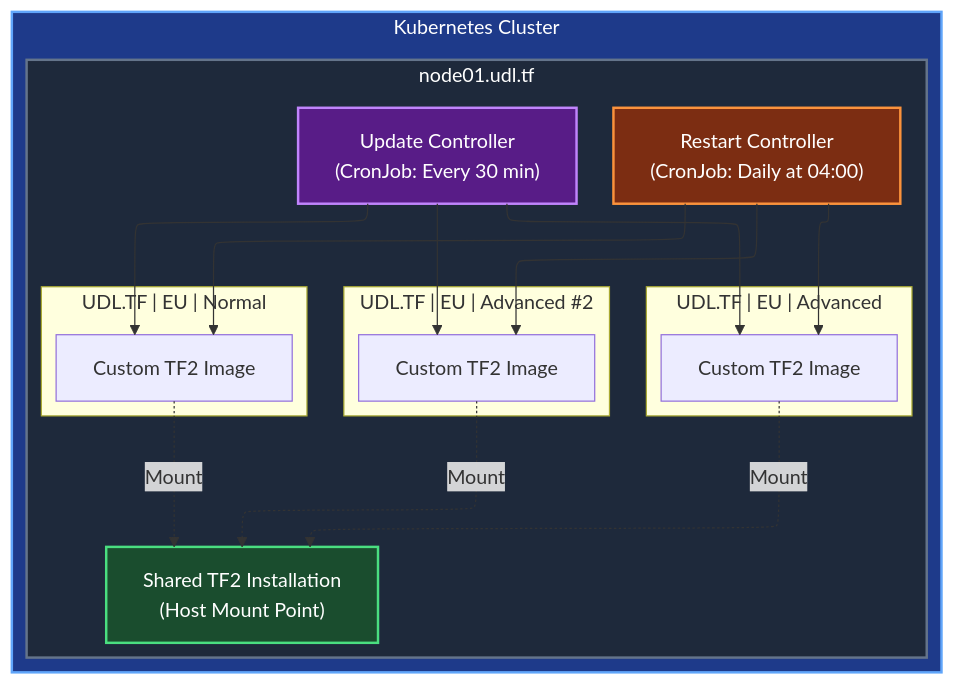
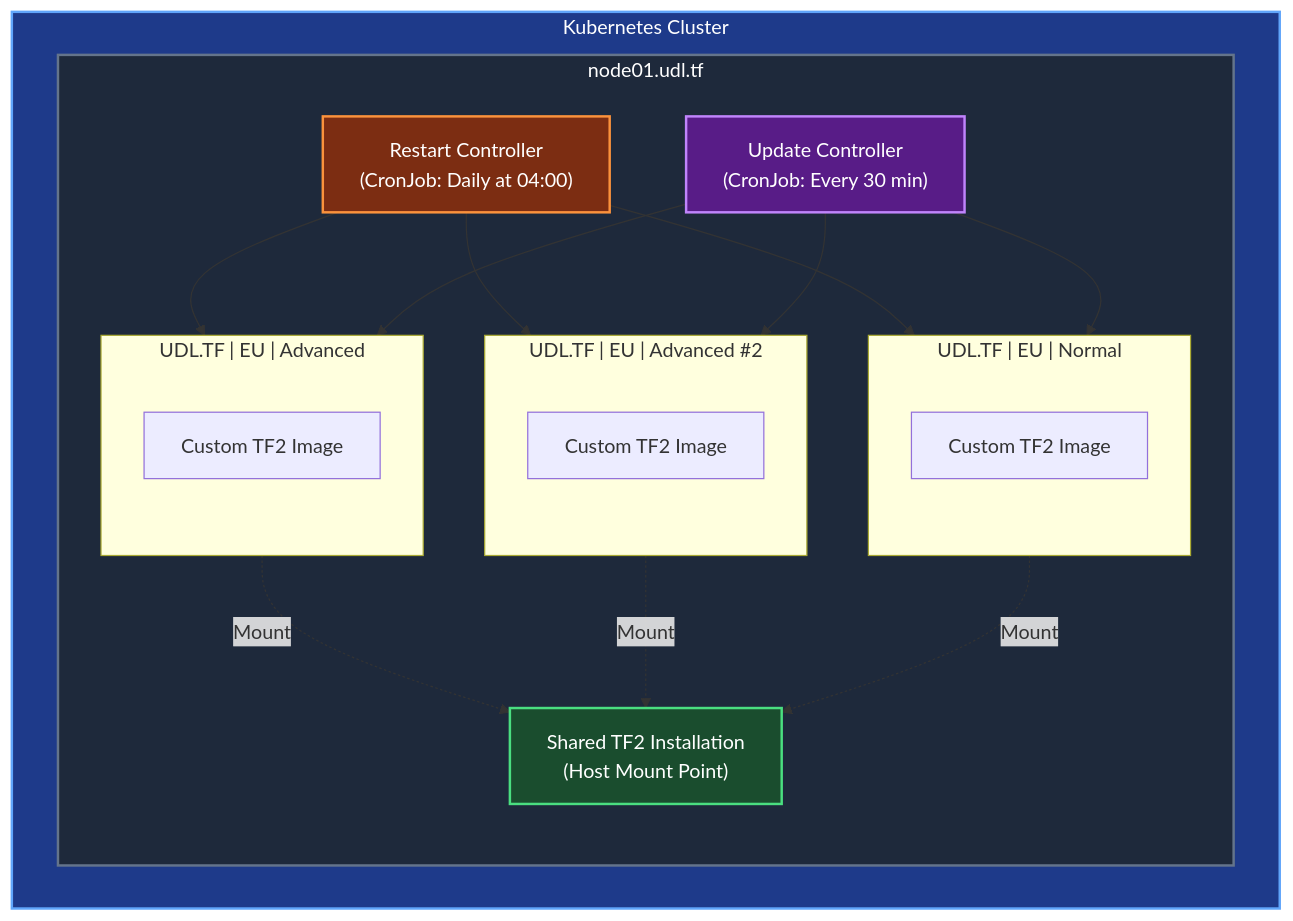
Before and after one commit to UDL-TF/Organization: the diagram in infrastructure/overview.md, drawn with Mermaid.

Commit message:
Refactor architecture diagram to improve clarity and update server references

````diff
--- a/infrastructure/overview.md
+++ b/infrastructure/overview.md
@@ -5,45 +5,41 @@
 ```mermaid
----
-config:
-  layout: elk
----
 graph TB
     subgraph K8S["Kubernetes Cluster"]
         subgraph NODE["node01.udl.tf"]
             SHARED["Shared TF2 Installation<br/>(Host Mount Point)"]
 
             RESTART["Restart Controller<br/>(CronJob: Daily at 04:00)"]
             UPDATE["Update Controller<br/>(CronJob: Every 30 min)"]
 
             subgraph SERVER1["UDL.TF | EU | Advanced"]
                 POD1["Custom TF2 Image"]
             end
 
             subgraph SERVER2["UDL.TF | EU | Advanced #2"]
                 POD2["Custom TF2 Image"]
             end
 
             subgraph SERVER3["UDL.TF | EU | Normal"]
                 POD3["Custom TF2 Image"]
             end
 
-            RESTART --> POD1
-            RESTART --> POD2
-            RESTART --> POD3
+            RESTART --> SERVER1
+            RESTART --> SERVER2
+            RESTART --> SERVER3
 
-            UPDATE --> POD1
-            UPDATE --> POD2
-            UPDATE --> POD3
+            UPDATE --> SERVER1
+            UPDATE --> SERVER2
+            UPDATE --> SERVER3
 
-            POD1 -.->|Mount| SHARED
-            POD2 -.->|Mount| SHARED
-            POD3 -.->|Mount| SHARED
+            SERVER1 -.->|Mount| SHARED
+            SERVER2 -.->|Mount| SHARED
+            SERVER3 -.->|Mount| SHARED
         end
     end
 
     style SHARED fill:#1a4d2e,stroke:#4ade80,stroke-width:2px,color:#fff
     style NODE fill:#1e293b,stroke:#64748b,stroke-width:2px,color:#fff
     style K8S fill:#1e3a8a,stroke:#60a5fa,stroke-width:2px,color:#fff
     style RESTART fill:#7c2d12,stroke:#fb923c,stroke-width:2px,color:#fff
     style UPDATE fill:#581c87,stroke:#c084fc,stroke-width:2px,color:#fff
 ```
````
